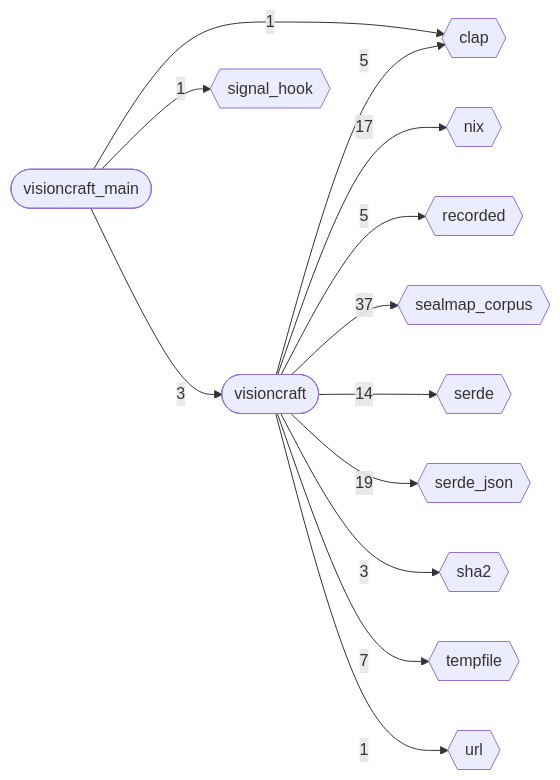
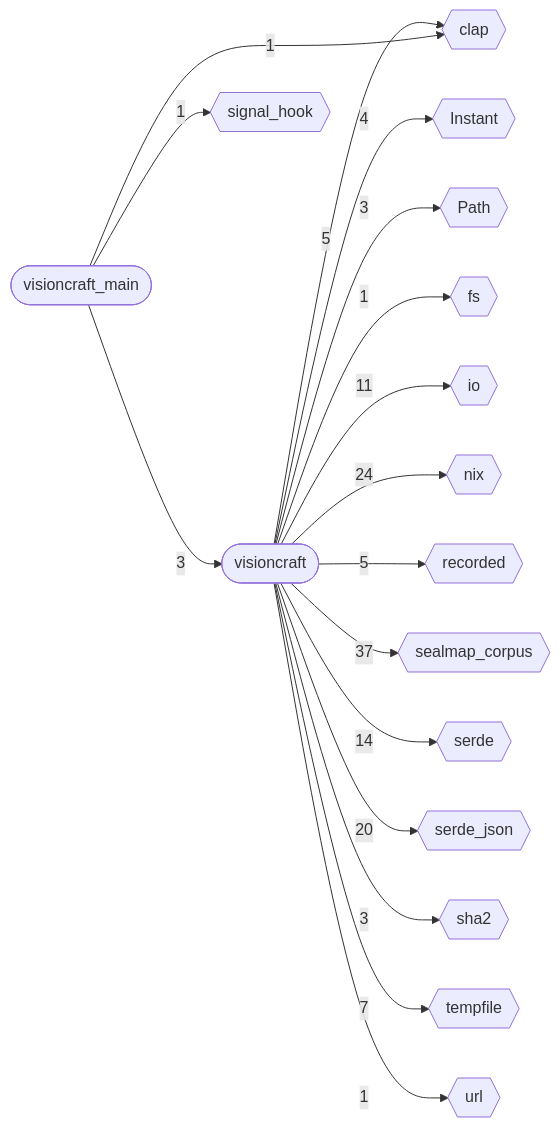
The first of 3 diagrams in docs/diagrams/generated/_overview.md (DreamLab-AI/visioncraft), drawn with Mermaid before and after one commit. The commit also changed other lines of this file and 12 other files, not shown here.

Commit message:
Refresh verified ADRs and source-derived diagrams after review repairs

````diff
--- a/docs/diagrams/generated/_overview.md
+++ b/docs/diagrams/generated/_overview.md
@@ -10,27 +10,35 @@
 ```mermaid
 flowchart LR
   visioncraft(["visioncraft"])
   visioncraft_main(["visioncraft_main"])
+  Instant{{"Instant"}}
+  Path{{"Path"}}
   clap{{"clap"}}
+  fs{{"fs"}}
+  io{{"io"}}
   nix{{"nix"}}
   recorded{{"recorded"}}
   sealmap_corpus{{"sealmap_corpus"}}
   serde{{"serde"}}
   serde_json{{"serde_json"}}
   sha2{{"sha2"}}
   signal_hook{{"signal_hook"}}
   tempfile{{"tempfile"}}
   url{{"url"}}
+  visioncraft -->|"4"| Instant
+  visioncraft -->|"3"| Path
   visioncraft -->|"5"| clap
-  visioncraft -->|"17"| nix
+  visioncraft -->|"1"| fs
+  visioncraft -->|"11"| io
+  visioncraft -->|"24"| nix
   visioncraft -->|"5"| recorded
   visioncraft -->|"37"| sealmap_corpus
   visioncraft -->|"14"| serde
-  visioncraft -->|"19"| serde_json
+  visioncraft -->|"20"| serde_json
   visioncraft -->|"3"| sha2
   visioncraft -->|"7"| tempfile
   visioncraft -->|"1"| url
   visioncraft_main -->|"1"| clap
   visioncraft_main -->|"1"| signal_hook
   visioncraft_main -->|"3"| visioncraft
 ```
````
